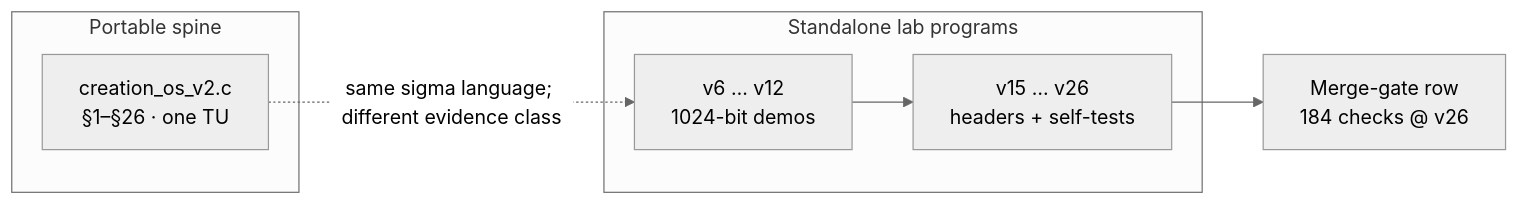
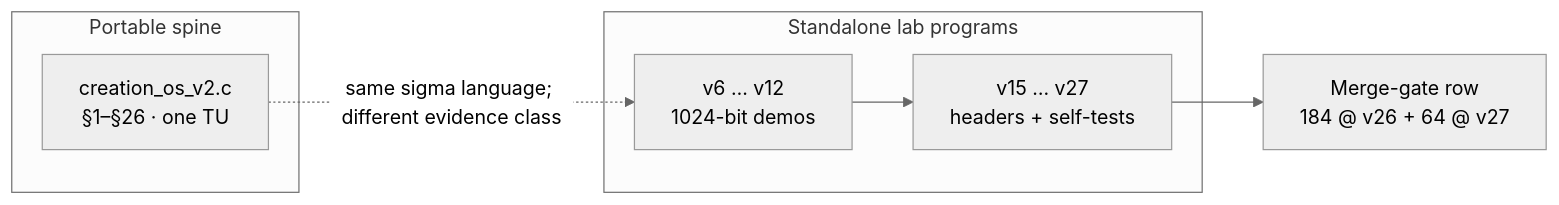
The third of 6 diagrams in README.md (spektre-labs/creation-os), drawn with Mermaid before and after one commit. The commit also changed other lines of this file and 11 other files, not shown here.

First line of the commit message:
feat(v27): tokenizer scaffold, check-v27 merge gate, docs

````diff
--- a/README.md
+++ b/README.md
@@ -147,14 +149,14 @@
 ```mermaid
 %%{init: {'theme':'neutral'}}%%
 flowchart LR
   subgraph spine["Portable spine"]
     V2["creation_os_v2.c<br/>§1–§26 · one TU"]
   end
   subgraph lab["Standalone lab programs"]
     V6["v6 … v12<br/>1024-bit demos"]
-    V15["v15 … v26<br/>headers + self-tests"]
+    V15["v15 … v27<br/>headers + self-tests"]
   end
   V2 -.->|same sigma language; different evidence class| V6
   V6 --> V15
-  V15 --> H["Merge-gate row<br/>184 checks @ v26"]
+  V15 --> H["Merge-gate row<br/>184 @ v26 + 64 @ v27"]
 ```
````
